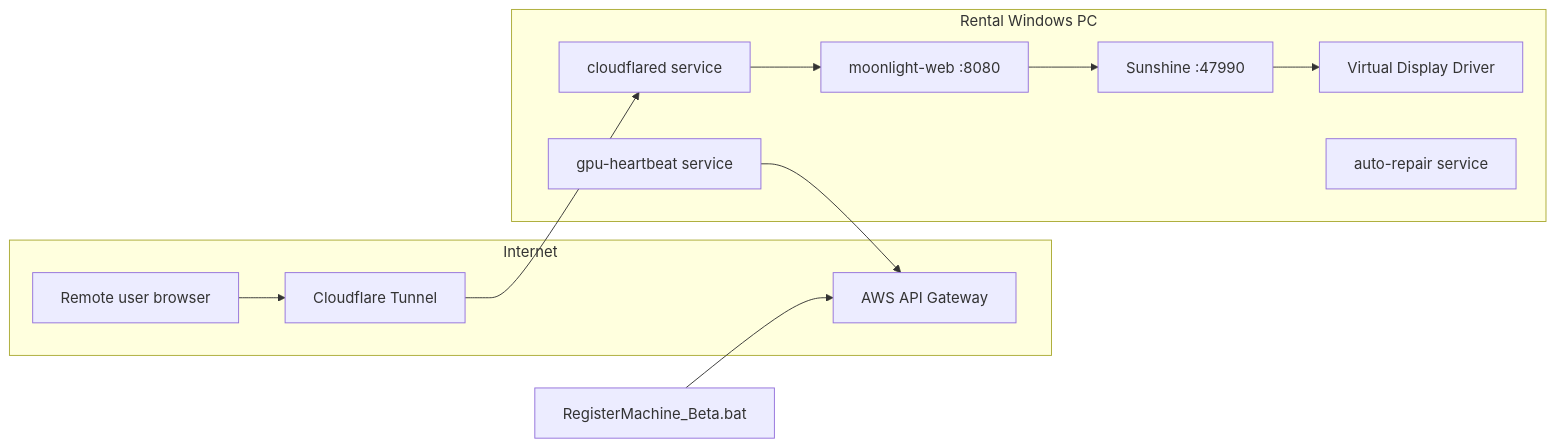
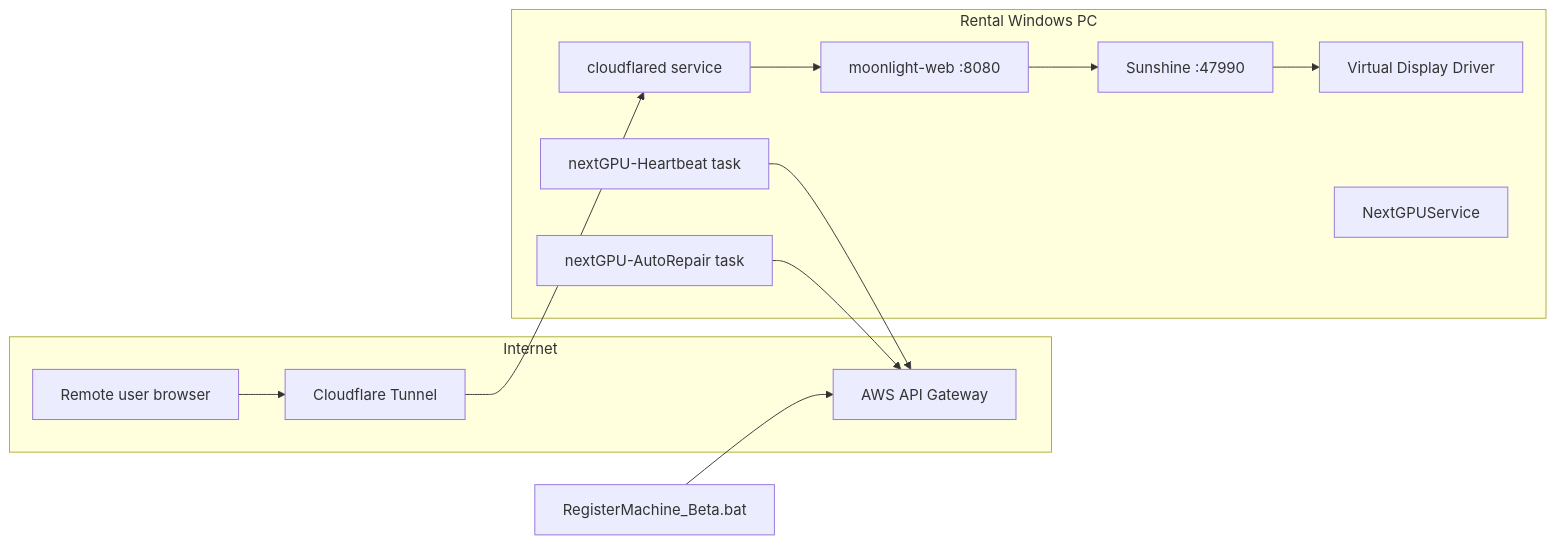
One commit to bluefml1/nextGPU-corescripts changed the diagram in docs/register-machine.md. Above: the diagram before and after it, drawn with Mermaid. The commit also changed other lines of this file and 15 other files, not shown here.

````diff
--- a/docs/register-machine.md
+++ b/docs/register-machine.md
@@ -40,21 +63,23 @@
 ```mermaid
 flowchart LR
   subgraph Internet
     User[Remote user browser]
     CF[Cloudflare Tunnel]
     API[AWS API Gateway]
   end
   subgraph Host_PC["Rental Windows PC"]
     CFd[cloudflared service]
     ML[moonlight-web :8080]
     SS[Sunshine :47990]
     VDD[Virtual Display Driver]
-    HB[gpu-heartbeat service]
-    AR[auto-repair service]
+    HB[nextGPU-Heartbeat task]
+    AR[nextGPU-AutoRepair task]
+    NGS[NextGPUService]
   end
   User --> CF --> CFd --> ML
   ML --> SS
   SS --> VDD
   HB --> API
+  AR --> API
   Register[RegisterMachine_Beta.bat] --> API
 ```
````
